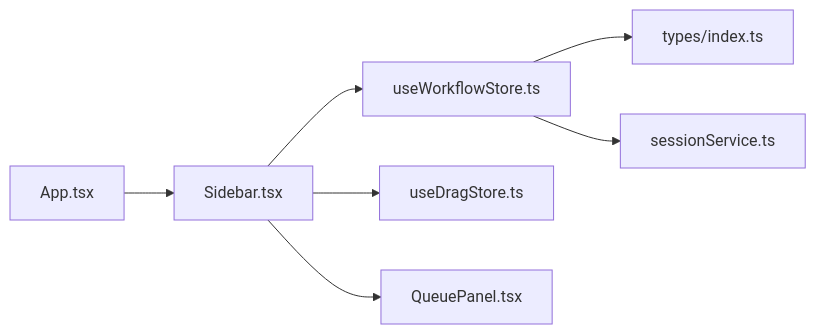
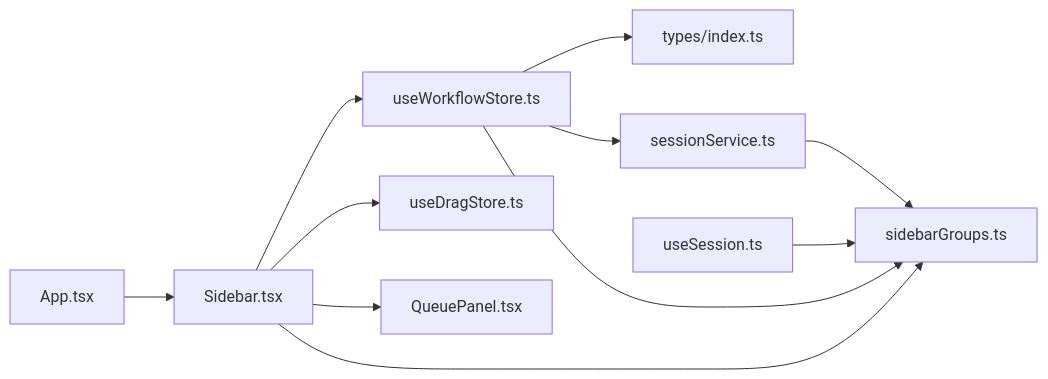
Before and after one commit to billye220670/CorineKit_Pix2Real: the eighth of 8 diagrams in .qoder/repowiki/zh/content/用户界面组件/控制面板组件/侧边导航栏.md, drawn with Mermaid. The commit also changed other lines of this file and 21 other files, not shown here.

````diff
--- a/.qoder/repowiki/zh/content/用户界面组件/控制面板组件/侧边导航栏.md
+++ b/.qoder/repowiki/zh/content/用户界面组件/控制面板组件/侧边导航栏.md
@@ -294,9 +353,13 @@
 ```mermaid
 graph LR
 Sidebar["Sidebar.tsx"] --> WS["useWorkflowStore.ts"]
 Sidebar --> DS["useDragStore.ts"]
 Sidebar --> QP["QueuePanel.tsx"]
+Sidebar --> SG["sidebarGroups.ts"]
 WS --> Types["types/index.ts"]
 WS --> SS["sessionService.ts"]
+WS --> SG
 App["App.tsx"] --> Sidebar
+SS --> SG
+US["useSession.ts"] --> SG
 ```
````
